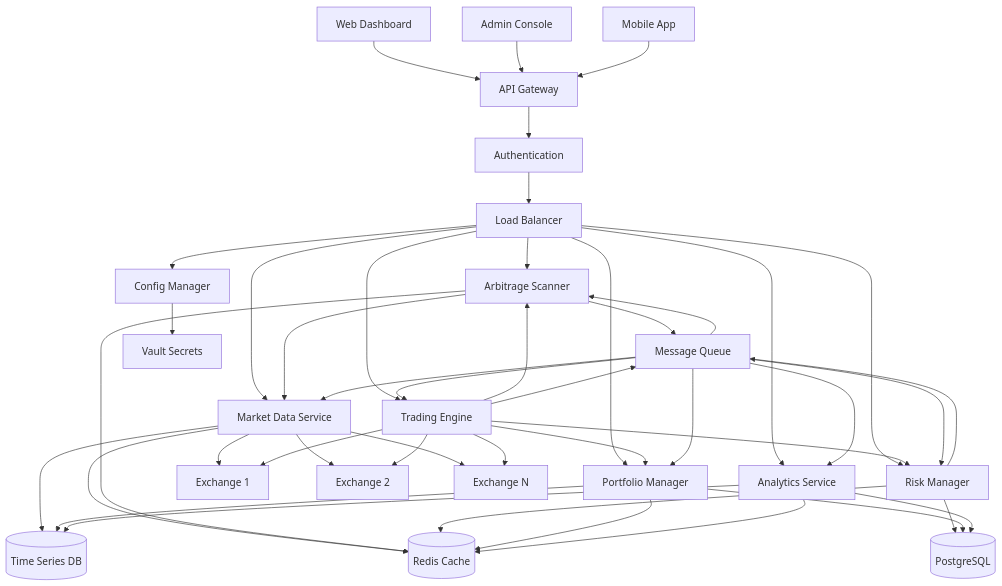
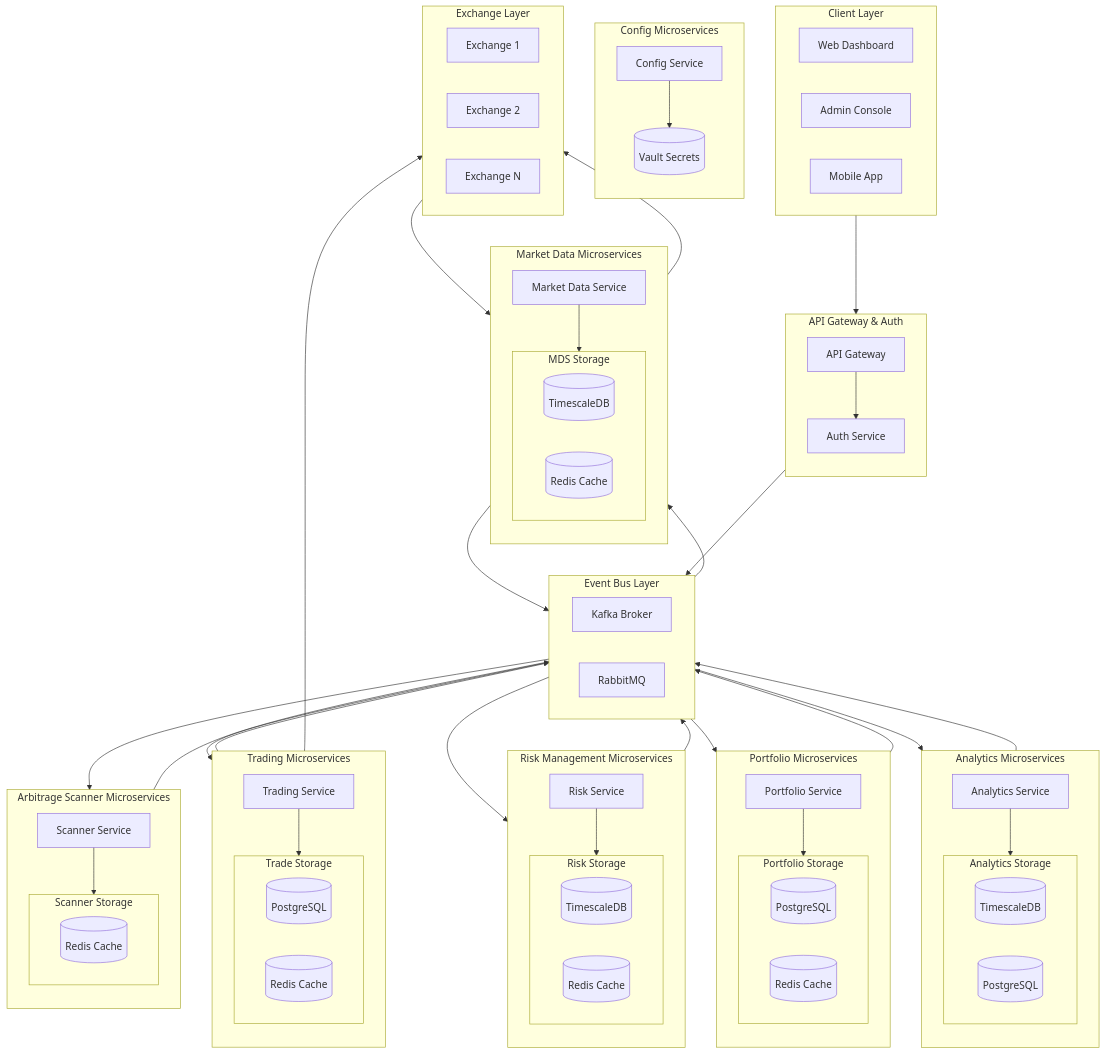
Before and after one commit to namdq2/trading-bot: the first of 4 diagrams in README.md, drawn with Mermaid. The commit also changed other lines of this file, not shown here.

Commit message:
update diagram

````diff
--- a/README.md
+++ b/README.md
@@ -134,96 +134,121 @@
 ```mermaid
 graph TD
-    %% Client Layer
-    WD[Web Dashboard]
-    AC[Admin Console]
-    MA[Mobile App]
+    subgraph Client["Client Layer"]
+        WD[Web Dashboard]
+        AC[Admin Console]
+        MA[Mobile App]
+    end
 
-    %% Gateway Layer
-    AG[API Gateway]
-    Auth[Authentication]
-    LB[Load Balancer]
+    subgraph Gateway["API Gateway & Auth"]
+        AG[API Gateway]
+        Auth[Auth Service]
+        direction TB
+        AG --> Auth
+    end
 
-    %% Core Services
-    MDS[Market Data Service]
-    AS[Arbitrage Scanner]
-    TE[Trading Engine]
-    RM[Risk Manager]
-    PM[Portfolio Manager]
-    CM[Config Manager]
-    AN[Analytics Service]
+    subgraph EventBus["Event Bus Layer"]
+        KB[Kafka Broker]
+        RMQ[RabbitMQ]
+    end
 
-    %% Data Layer
-    TS[(Time Series DB)]
-    RD[(Redis Cache)]
-    PG[(PostgreSQL)]
-    MQ[Message Queue]
-    VS[Vault Secrets]
+    subgraph MarketMS["Market Data Microservices"]
+        direction TB
+        MDS[Market Data Service]
+        subgraph MDS_DB["MDS Storage"]
+            MTS[(TimescaleDB)]
+            MRC[(Redis Cache)]
+        end
+        MDS --> MDS_DB
+    end
 
-    %% External Systems
-    EX1[Exchange 1]
-    EX2[Exchange 2]
-    EXN[Exchange N]
+    subgraph ScannerMS["Arbitrage Scanner Microservices"]
+        direction TB
+        AS[Scanner Service]
+        subgraph AS_DB["Scanner Storage"]
+            ARC[(Redis Cache)]
+        end
+        AS --> AS_DB
+    end
+
+    subgraph TradeMS["Trading Microservices"]
+        direction TB
+        TE[Trading Service]
+        subgraph TE_DB["Trade Storage"]
+            TPG[(PostgreSQL)]
+            TRC[(Redis Cache)]
+        end
+        TE --> TE_DB
+    end
+
+    subgraph RiskMS["Risk Management Microservices"]
+        direction TB
+        RM[Risk Service]
+        subgraph RM_DB["Risk Storage"]
+            RTS[(TimescaleDB)]
+            RRC[(Redis Cache)]
+        end
+        RM --> RM_DB
+    end
+
+    subgraph PortfolioMS["Portfolio Microservices"]
+        direction TB
+        PM[Portfolio Service]
+        subgraph PM_DB["Portfolio Storage"]
+            PPG[(PostgreSQL)]
+            PRC[(Redis Cache)]
+        end
+        PM --> PM_DB
+    end
+
+    subgraph ConfigMS["Config Microservices"]
+        direction TB
+        CM[Config Service]
+        VS[(Vault Secrets)]
+        CM --> VS
+    end
+
+    subgraph AnalyticsMS["Analytics Microservices"]
+        direction TB
+        AN[Analytics Service]
+        subgraph AN_DB["Analytics Storage"]
+            ATS[(TimescaleDB)]
+            APG[(PostgreSQL)]
+        end
+        AN --> AN_DB
+    end
+
+    subgraph External["Exchange Layer"]
+        EX1[Exchange 1]
+        EX2[Exchange 2]
+        EXN[Exchange N]
+    end
 
     %% Client to Gateway
-    WD --> AG
-    AC --> AG
-    MA --> AG
-    AG --> Auth
-    Auth --> LB
+    Client --> AG
 
     %% Gateway to Services
-    LB --> MDS
-    LB --> AS
-    LB --> TE
-    LB --> RM
-    LB --> PM
-    LB --> CM
-    LB --> AN
+    AG --> EventBus
 
-    %% Market Data Service
-    MDS --> TS
-    MDS --> RD
-    MDS --> EX1
-    MDS --> EX2
-    MDS --> EXN
+    %% Event Bus to Services
+    EventBus --> MarketMS
+    EventBus --> ScannerMS
+    EventBus --> TradeMS
+    EventBus --> RiskMS
+    EventBus --> PortfolioMS
+    EventBus --> AnalyticsMS
 
-    %% Arbitrage Scanner
-    AS --> MDS
-    AS --> RD
-    AS --> MQ
+    %% Market Data Flow
+    MarketMS --> External
+    External --> MarketMS
 
-    %% Trading Engine
-    TE --> AS
-    TE --> RM
-    TE --> PM
-    TE --> EX1
-    TE --> EX2
-    TE --> EXN
-    TE --> MQ
+    %% Service to Event Bus
+    MarketMS --> EventBus
+    ScannerMS --> EventBus
+    TradeMS --> EventBus
+    RiskMS --> EventBus
+    PortfolioMS --> EventBus
+    AnalyticsMS --> EventBus
 
-    %% Risk Manager
-    RM --> RD
-    RM --> PG
-    RM --> MQ
-
-    %% Portfolio Manager
-    PM --> PG
-    PM --> TS
-    PM --> RD
-
-    %% Config Manager
-    CM --> VS
-
-    %% Analytics Service
-    AN --> TS
-    AN --> PG
-    AN --> RD
-
-    %% Message Queue
-    MQ --> MDS
-    MQ --> AS
-    MQ --> TE
-    MQ --> RM
-    MQ --> PM
-    MQ --> AN
+    %% Trading Flow
+    TradeMS --> External
 ```
````
